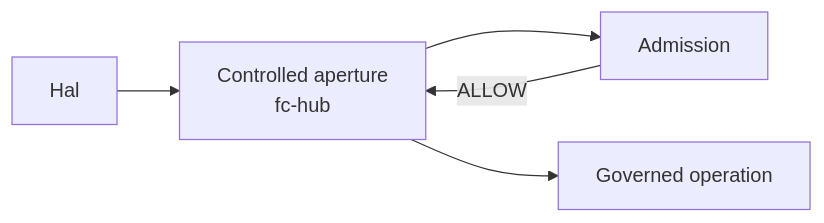
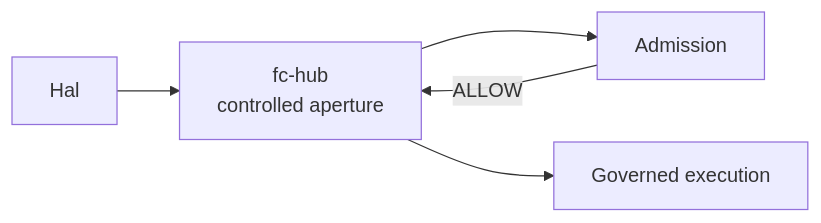
The fourth of 16 diagrams in doc/ARCHITECTURE.md (onzelf/openhealth-cdi), drawn with Mermaid before and after one commit. The commit also changed other lines of this file and 1 other file, not shown here.

````diff
--- a/doc/ARCHITECTURE.md
+++ b/doc/ARCHITECTURE.md
@@ -777,12 +135,12 @@
 ```mermaid
 flowchart LR
     Hal["Hal"]
-    Hub["Controlled aperture<br/>fc-hub"]
-    G["Admission"]
-    S["Governed operation"]
+    Hub["fc-hub<br/>controlled aperture"]
+    Gate["Admission"]
+    Exec["Governed execution"]
 
     Hal --> Hub
-    Hub --> G
-    G -->|"ALLOW"| Hub
-    Hub --> S
+    Hub --> Gate
+    Gate -->|"ALLOW"| Hub
+    Hub --> Exec
 ```
````
